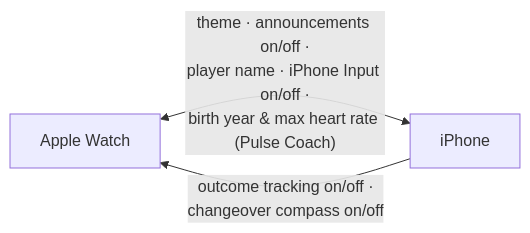
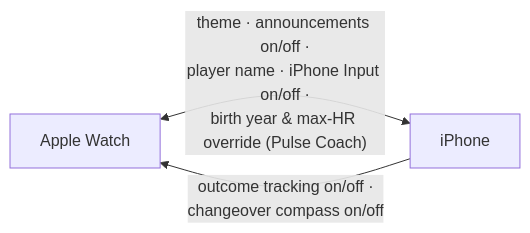
Before and after one commit to EMRahman/DeuceMate: the third of 5 diagrams in docs/architecture/sync-and-data-flow.md, drawn with Mermaid. The commit also changed 19 other files, not shown here.

````diff
--- a/docs/architecture/sync-and-data-flow.md
+++ b/docs/architecture/sync-and-data-flow.md
@@ -56,7 +56,7 @@
 ```mermaid
 flowchart LR
     W["Apple Watch"]
     P["iPhone"]
-    W -- "theme · announcements on/off ·<br/>player name · iPhone Input on/off ·<br/>birth year & max heart rate (Pulse Coach)" <--> P
+    W -- "theme · announcements on/off ·<br/>player name · iPhone Input on/off ·<br/>birth year & max-HR override (Pulse Coach)" <--> P
     P -- "outcome tracking on/off ·<br/>changeover compass on/off" --> W
 ```
````
